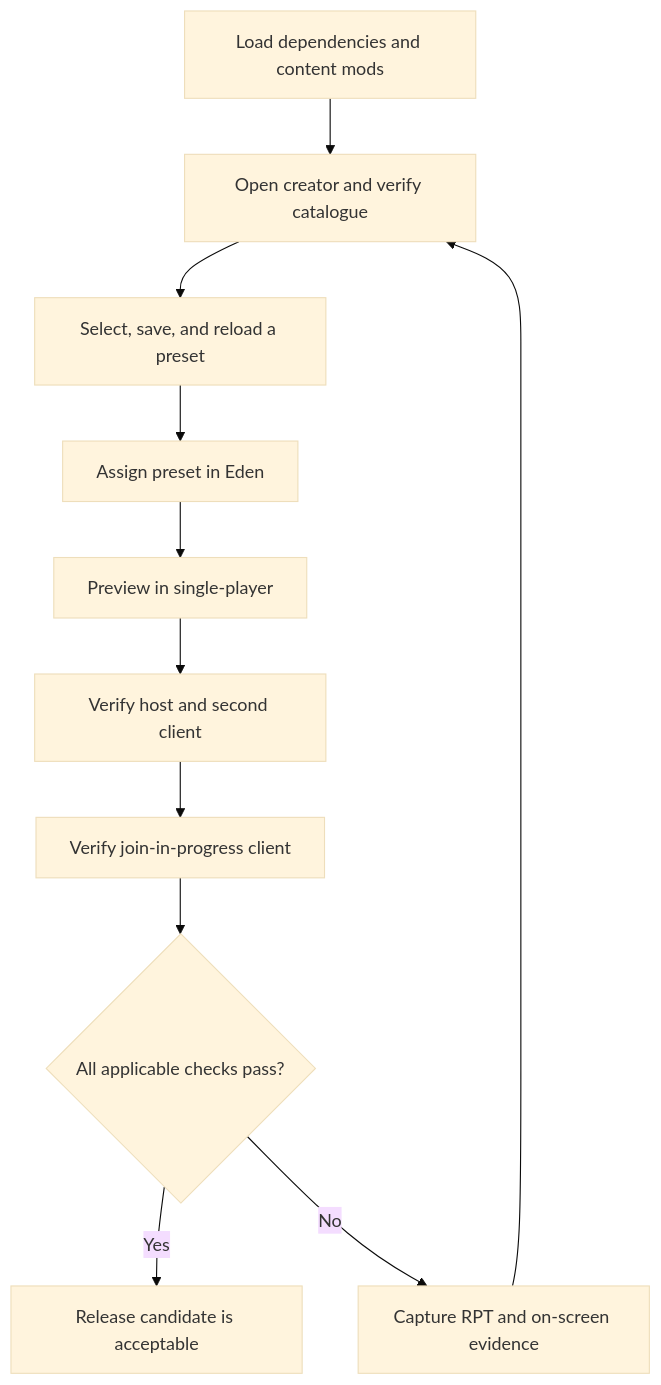
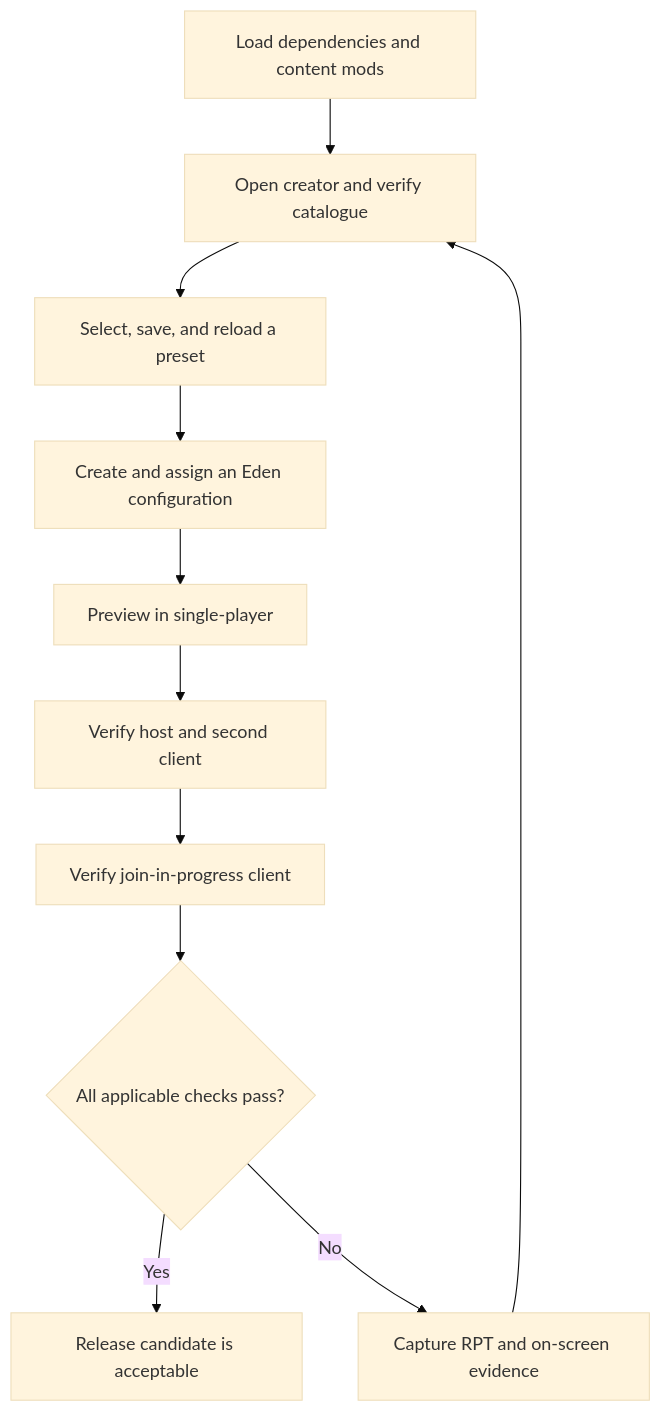
Before and after one commit to Black-Ops-2-543/Arma3_ACE_Arsenal_Creation_Tool: the diagram in docs/IN_GAME_TEST_CHECKLIST.md, drawn with Mermaid (base theme). The commit also changed other lines of this file and 8 other files, not shown here.

````diff
--- a/docs/IN_GAME_TEST_CHECKLIST.md
+++ b/docs/IN_GAME_TEST_CHECKLIST.md
@@ -13,13 +15,13 @@
 ```mermaid
 flowchart TD
     A[Load dependencies and content mods] --> B[Open creator and verify catalogue]
     B --> C[Select, save, and reload a preset]
-    C --> D[Assign preset in Eden]
+    C --> D[Create and assign an Eden configuration]
     D --> E[Preview in single-player]
     E --> F[Verify host and second client]
     F --> G[Verify join-in-progress client]
     G --> H{All applicable checks pass?}
     H -- Yes --> I[Release candidate is acceptable]
     H -- No --> J[Capture RPT and on-screen evidence]
     J --> B
 ```
````
